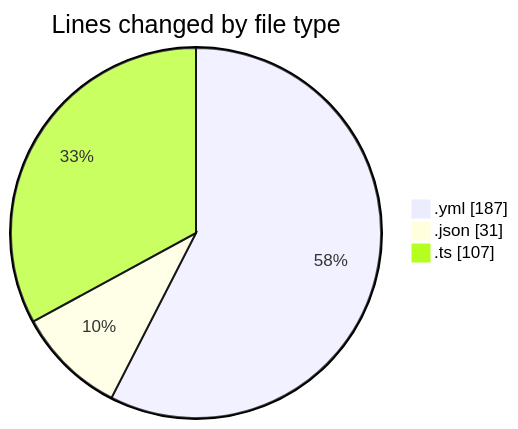
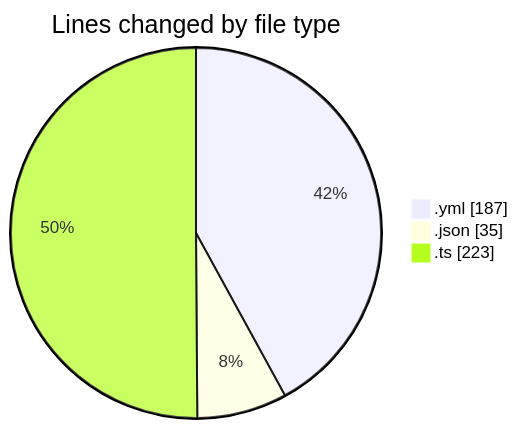
One commit to donsfak/code-tracking changed the first of 2 diagrams in 2025-02-10/maps_clone/README.md. Above: the diagram before and after it, drawn with Mermaid. The commit also changed other lines of this file and 1 other file, not shown here.

````diff
--- a/2025-02-10/maps_clone/README.md
+++ b/2025-02-10/maps_clone/README.md
@@ -23,7 +24,7 @@
 ```mermaid
 pie showData
 title Lines changed by file type
 ".yml" : 187
-".json" : 31
-".ts" : 107
+".json" : 35
+".ts" : 223
 ```
````
